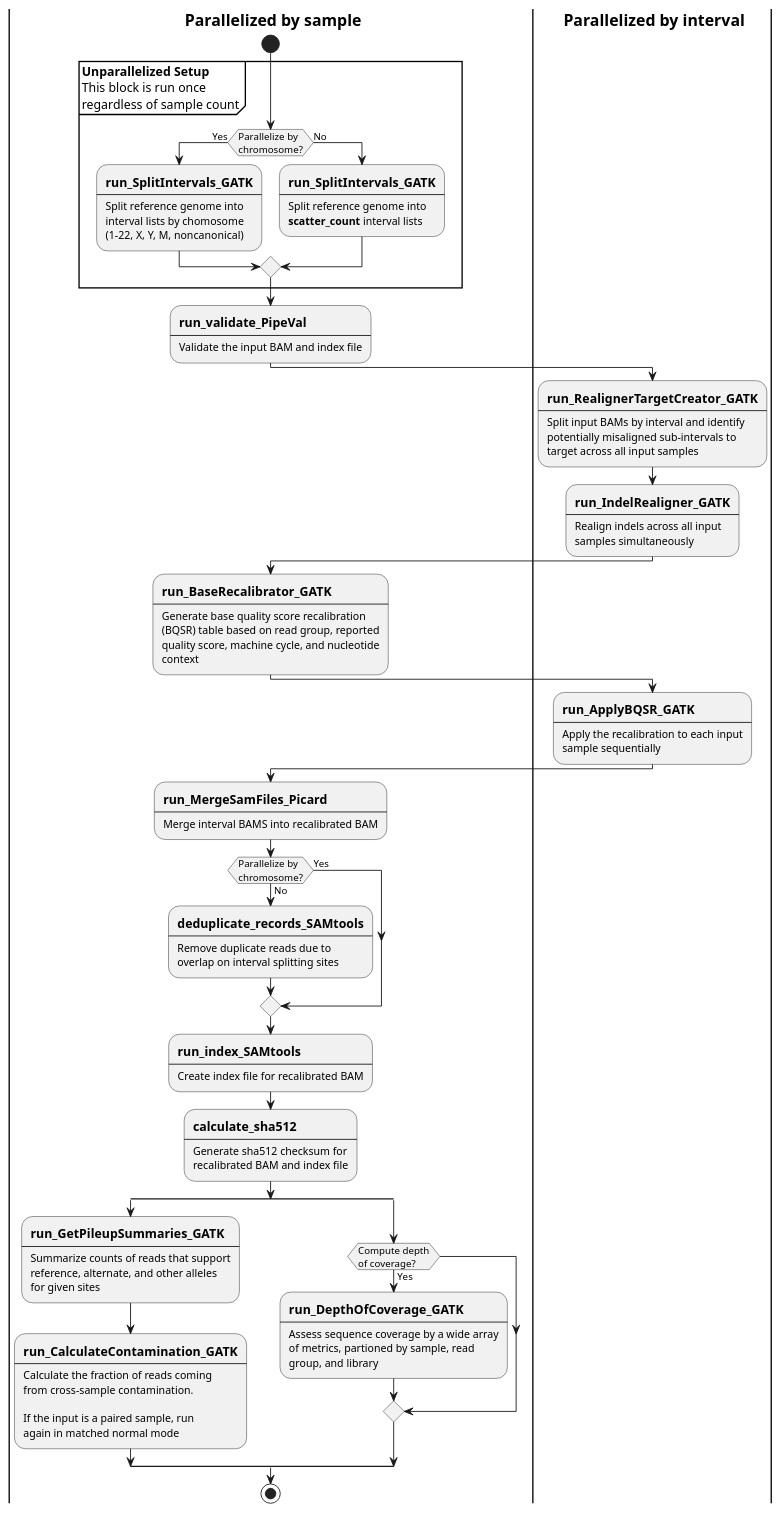
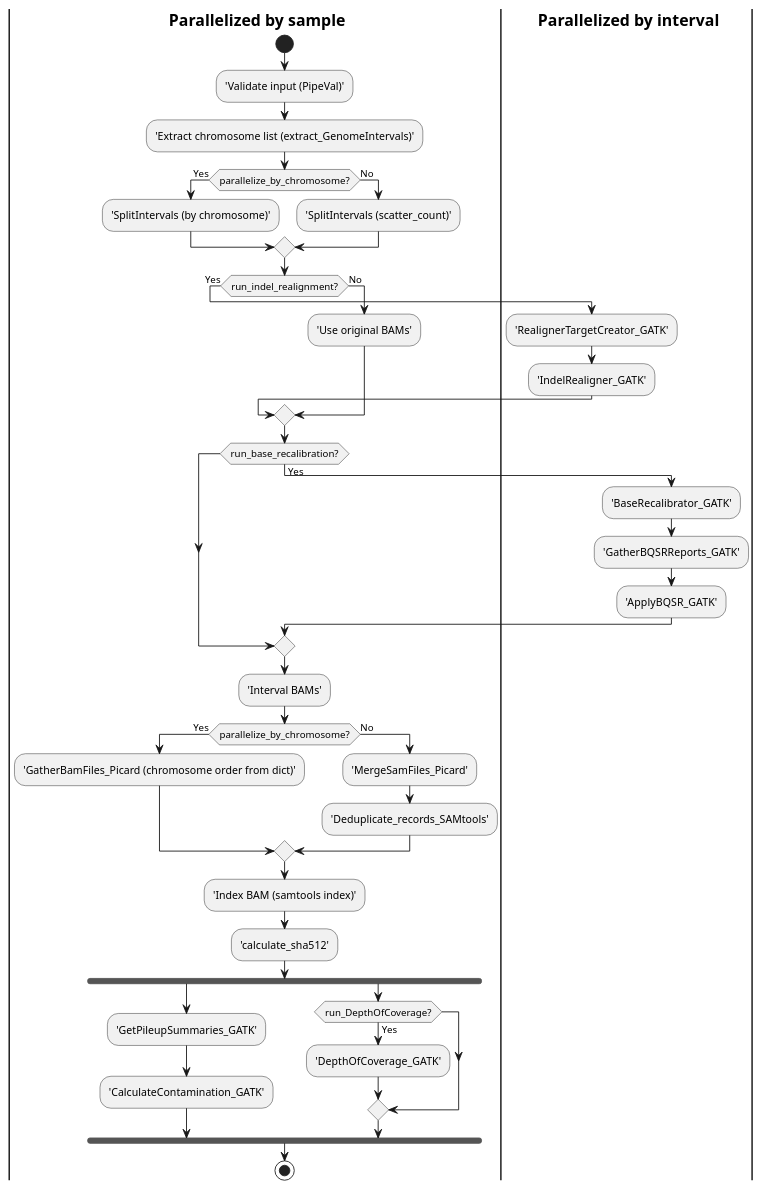
One commit to uclahs-cds/pipeline-recalibrate-BAM changed the diagram in docs/recalibrate-bam-flow.puml. Above: the diagram before and after it, drawn with PlantUML.

Commit message:
update flow chart

```diff
--- a/docs/recalibrate-bam-flow.puml
+++ b/docs/recalibrate-bam-flow.puml
@@ -1,113 +1,60 @@
 @startuml
-
 skinparam SwimlaneTitleFontStyle bold
-
 
 |s| Parallelized by sample
 |i| Parallelized by interval
 
-
 |s|
-
 start
 
-partition "**Unparallelized Setup**\nThis block is run once\nregardless of sample count" {
-    if (Parallelize by\nchromosome?) is (Yes) then
-        :==run_SplitIntervals_GATK
-        ----
-        Split reference genome into
-        interval lists by chomosome
-        (1-22, X, Y, M, noncanonical);
-    else (No)
-        :==run_SplitIntervals_GATK
-        ----
-        Split reference genome into
-        **scatter_count** interval lists;
-    endif
-}
+:'Validate input (PipeVal)';
 
-:==run_validate_PipeVal
-----
-Validate the input BAM and index file;
+:'Extract chromosome list (extract_GenomeIntervals)';
 
-
-|i|
-
-:==run_RealignerTargetCreator_GATK
-----
-Split input BAMs by interval and identify
-potentially misaligned sub-intervals to
-target across all input samples;
-
-:==run_IndelRealigner_GATK
-----
-Realign indels across all input
-samples simultaneously;
-
-|s|
-
-:==run_BaseRecalibrator_GATK
-----
-Generate base quality score recalibration
-(BQSR) table based on read group, reported
-quality score, machine cycle, and nucleotide
-context;
-
-|i|
-
-:==run_ApplyBQSR_GATK
-----
-Apply the recalibration to each input
-sample sequentially;
-
-|s|
-
-:==run_MergeSamFiles_Picard
-----
-Merge interval BAMS into recalibrated BAM;
-
-if (Parallelize by\nchromosome?) is (No) then
-    :==deduplicate_records_SAMtools
-    ----
-    Remove duplicate reads due to 
-    overlap on interval splitting sites;
-else (Yes)
+if (parallelize_by_chromosome?) then (Yes)
+    :'SplitIntervals (by chromosome)';
+else (No)
+    :'SplitIntervals (scatter_count)';
 endif
 
-:==run_index_SAMtools
-----
-Create index file for recalibrated BAM;
+if (run_indel_realignment?) then (Yes)
+    |i|
+    :'RealignerTargetCreator_GATK';
+    :'IndelRealigner_GATK';
+    |s|
+else (No)
+    :'Use original BAMs';
+endif
 
-:==calculate_sha512
-----
-Generate sha512 checksum for
-recalibrated BAM and index file;
+if (run_base_recalibration?) then (Yes)
+    |i|
+    :'BaseRecalibrator_GATK';
+    :'GatherBQSRReports_GATK';
+    :'ApplyBQSR_GATK';
+    |s|
+endif
 
-split
-    :==run_GetPileupSummaries_GATK
-    ----
-    Summarize counts of reads that support
-    reference, alternate, and other alleles
-    for given sites;
+:'Interval BAMs';
 
-    :==run_CalculateContamination_GATK
-    ----
-    Calculate the fraction of reads coming
-    from cross-sample contamination.
+if (parallelize_by_chromosome?) then (Yes)
+    :'GatherBamFiles_Picard (chromosome order from dict)';
+else (No)
+    :'MergeSamFiles_Picard';
+    :'Deduplicate_records_SAMtools';
+endif
 
-    If the input is a paired sample, run
-    again in matched normal mode;
-split again
-    if (Compute depth\nof coverage?) is (Yes) then
-        :==run_DepthOfCoverage_GATK
-        ----
-        Assess sequence coverage by a wide array
-        of metrics, partioned by sample, read
-        group, and library;
+:'Index BAM (samtools index)';
+
+:'calculate_sha512';
+
+fork
+    :'GetPileupSummaries_GATK';
+    :'CalculateContamination_GATK';
+fork again
+    if (run_DepthOfCoverage?) then (Yes)
+        :'DepthOfCoverage_GATK';
     endif
-end split
+end fork
 
 stop
-
-
 @enduml
```
